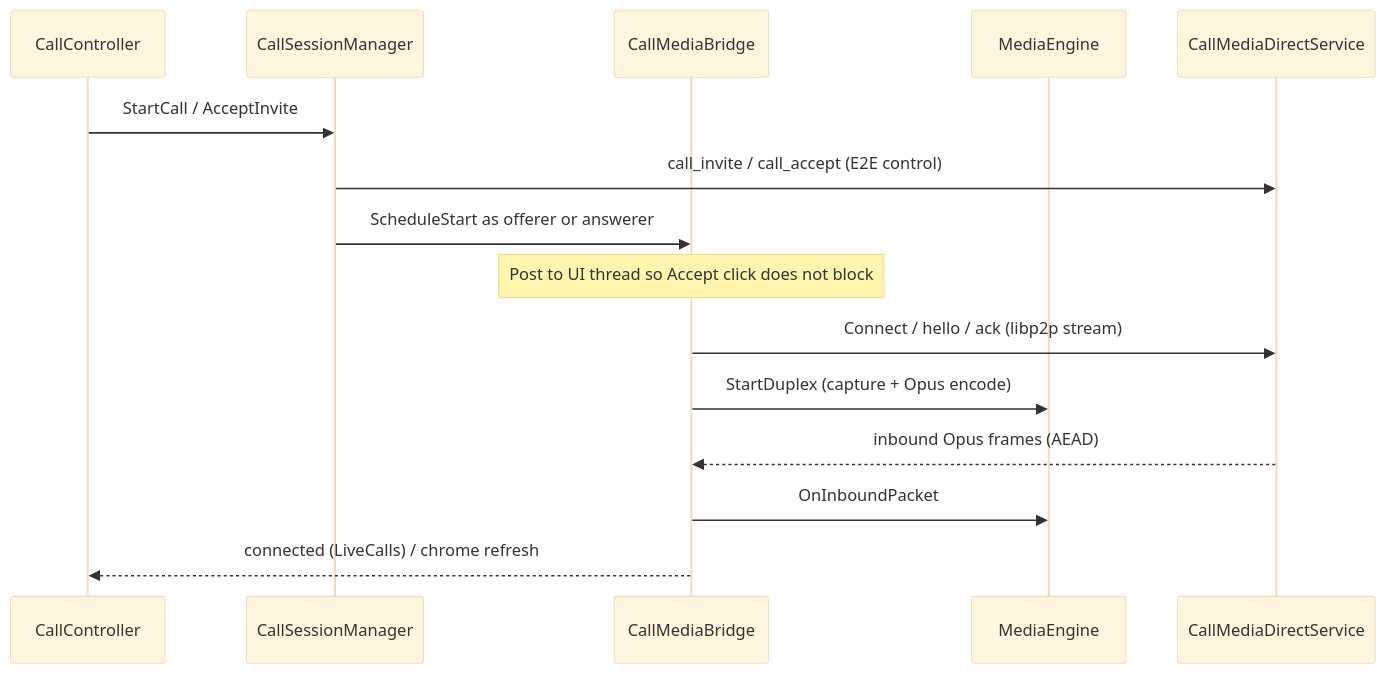
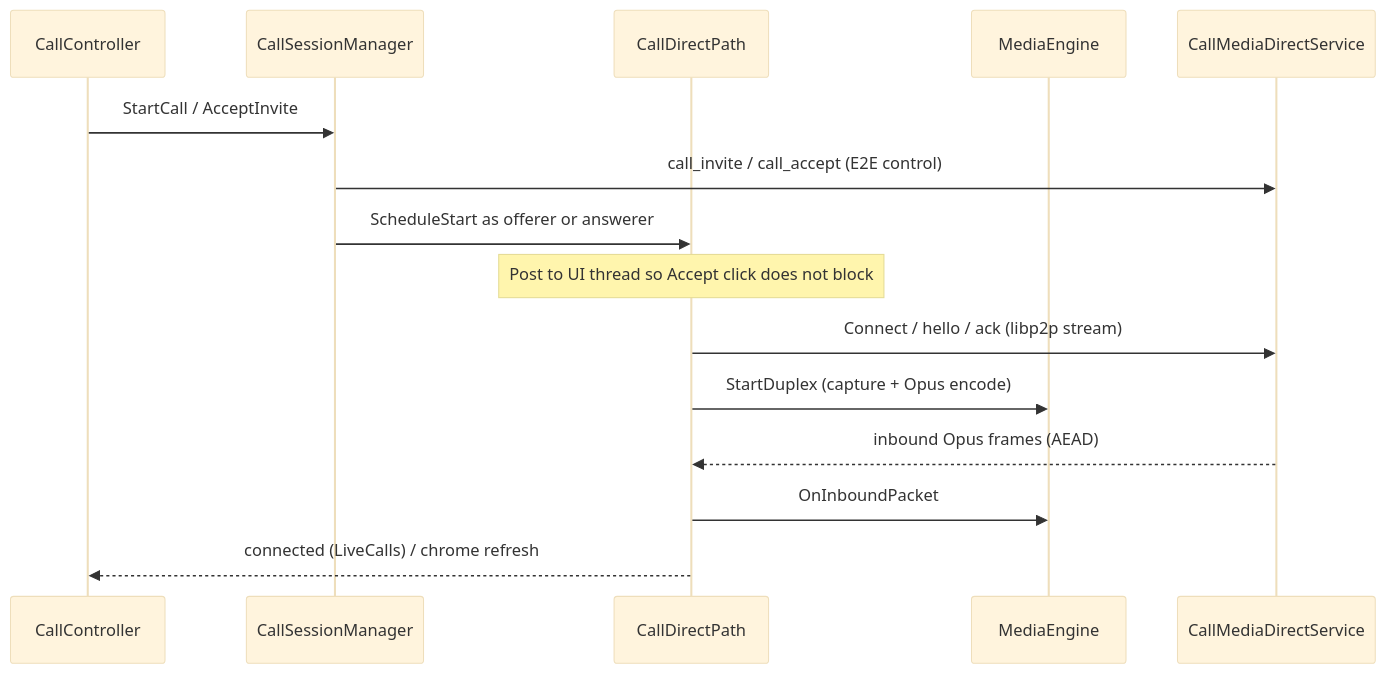
The third of 4 diagrams in docs/architecture/CALLS.md (people-post/pp-browser), drawn with Mermaid (base theme) before and after one commit. The commit also changed other lines of this file and 59 other files, not shown here.

````diff
--- a/docs/architecture/CALLS.md
+++ b/docs/architecture/CALLS.md
@@ -257,18 +257,18 @@
 ```mermaid
 sequenceDiagram
   participant UI as CallController
   participant CSM as CallSessionManager
-  participant L2P as CallMediaBridge
+  participant L2P as CallDirectPath
   participant Eng as MediaEngine
   participant DM as CallMediaDirectService
 
   UI->>CSM: StartCall / AcceptInvite
   CSM->>DM: call_invite / call_accept (E2E control)
   CSM->>L2P: ScheduleStart as offerer or answerer
   Note over L2P: Post to UI thread so Accept click does not block
   L2P->>DM: Connect / hello / ack (libp2p stream)
   L2P->>Eng: StartDuplex (capture + Opus encode)
   DM-->>L2P: inbound Opus frames (AEAD)
   L2P->>Eng: OnInboundPacket
   L2P-->>UI: connected (LiveCalls) / chrome refresh
 ```
````
